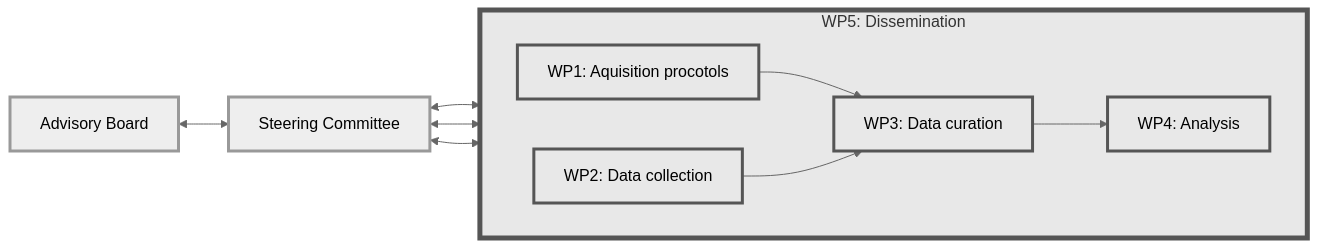
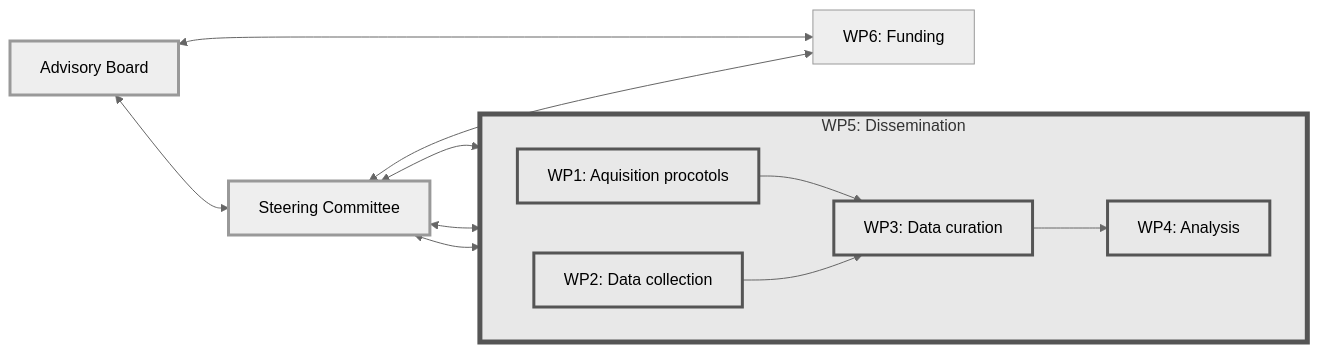
Before and after one commit to JuliusWelzel/eegmanysteps: the diagram in index.qmd, drawn with Mermaid (neutral theme). The commit also changed other lines of this file, not shown here.

Commit message:
Add WP6: Funding to project outline and update diagram

````diff
--- a/index.qmd
+++ b/index.qmd
@@ -40,32 +41,35 @@
 ```{mermaid}
 graph LR
     style A stroke-width:3px,corner-radius:5px
     style S stroke-width:3px,corner-radius:5px
     style B2 fill:#E8E8E8,stroke:#555,stroke-width:3px,corner-radius:5px
     style B3 fill:#E8E8E8,stroke:#555,stroke-width:3px,corner-radius:5px
     style B4 fill:#E8E8E8,stroke:#555,stroke-width:3px,corner-radius:5px
     style B5 fill:#E8E8E8,stroke:#555,stroke-width:3px,corner-radius:5px
     style B6 fill:#E8E8E8,stroke:#555,stroke-width:5px,corner-radius:5px,fontSize:44
 
     A[Advisory Board]
     S[Steering Committee]
 
     B2[WP1: Aquisition procotols]
     B3[WP2: Data collection]
     B4[WP3: Data curation]
     B5[WP4: Analysis]
     B6[WP5: Dissemination]
+    B7[WP6: Funding]
 
     subgraph B6[WP5: Dissemination]
         direction LR
         B2 --> B4
         B3 --> B4
         B4 --> B5
     end
 
     A <--> S
     S <--> B2
     S <--> B3
     S <--> B5
+    A <--> B7
+    S <--> B7
 
 ```
````
